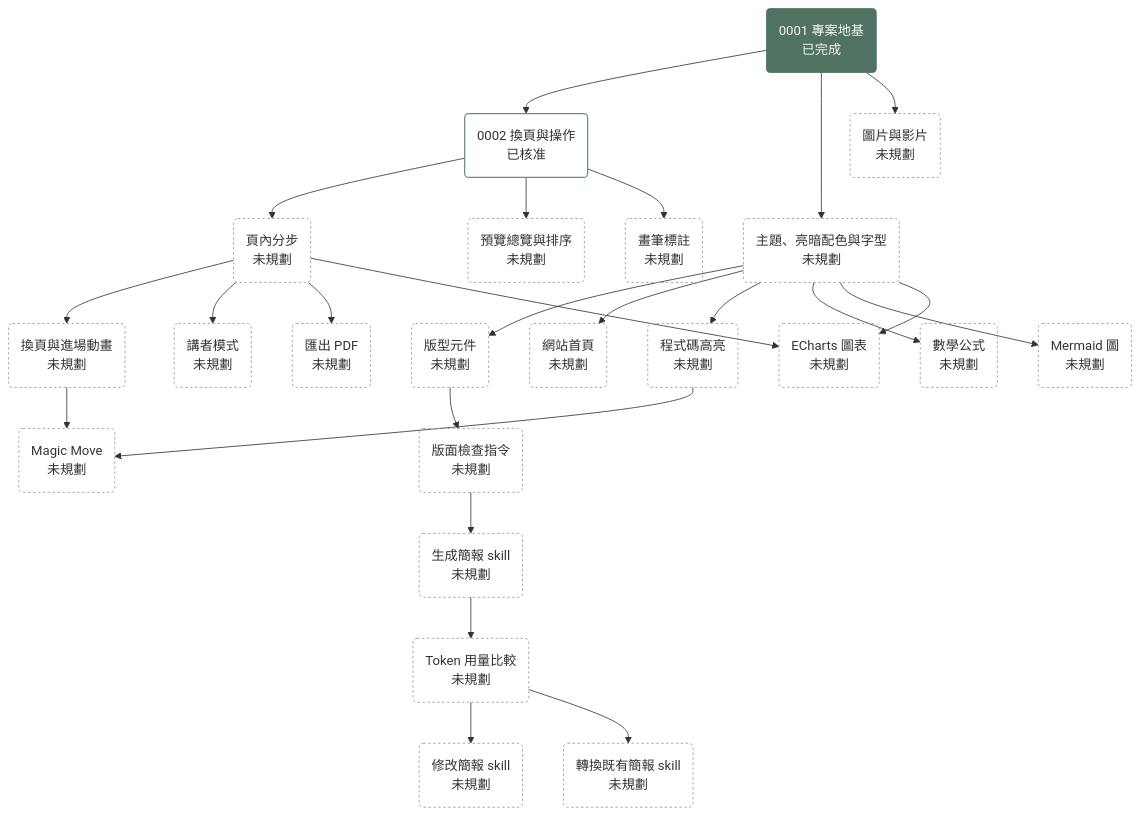
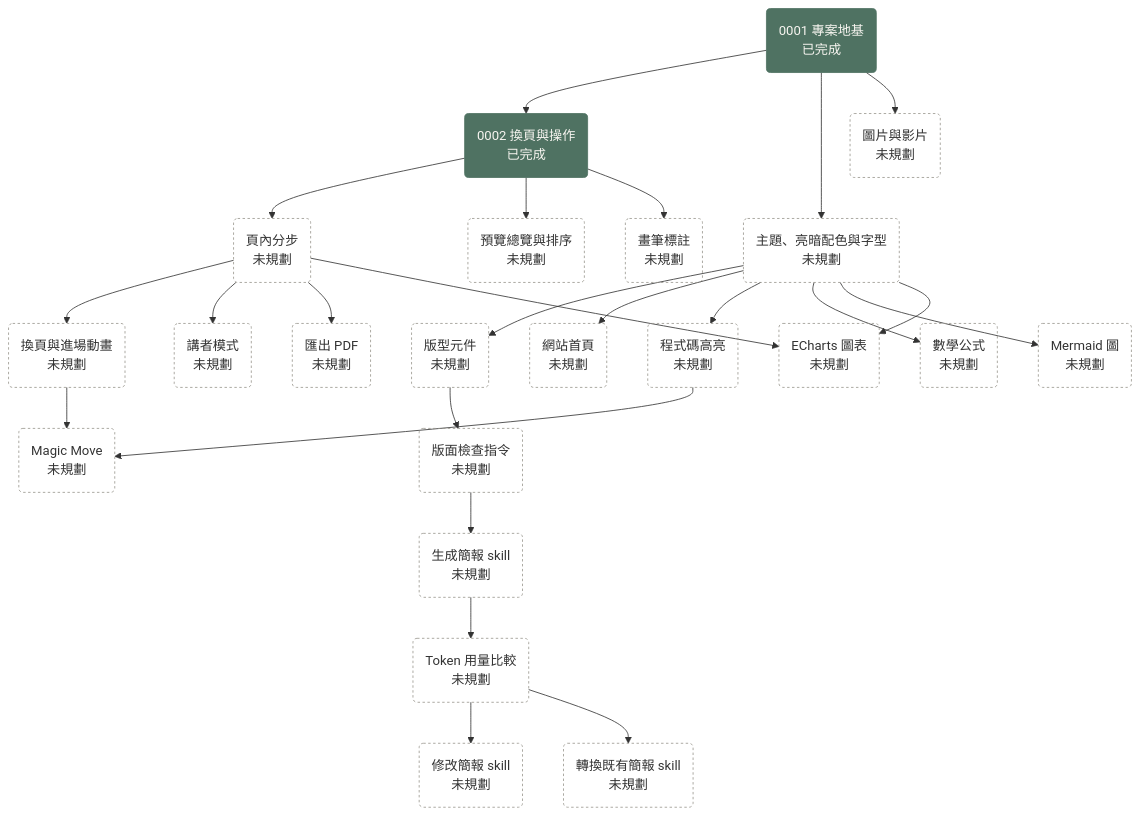
One commit to bingyangchen/diapo changed the diagram in docs/plans/roadmap.md. Above: the diagram before and after it, drawn with Mermaid. The commit also changed other lines of this file and 45 other files, not shown here.

````diff
--- a/docs/plans/roadmap.md
+++ b/docs/plans/roadmap.md
@@ -7,43 +7,43 @@
 ```mermaid
 flowchart TD
   P0001("0001 專案地基<br/>已完成"):::done
-  P0002("0002 換頁與操作<br/>已核准"):::approved
+  P0002("0002 換頁與操作<br/>已完成"):::done
   steps("頁內分步<br/>未規劃"):::unplanned
   transitions("換頁與進場動畫<br/>未規劃"):::unplanned
   magic_move("Magic Move<br/>未規劃"):::unplanned
   overview("預覽總覽與排序<br/>未規劃"):::unplanned
   annotation("畫筆標註<br/>未規劃"):::unplanned
   presenter("講者模式<br/>未規劃"):::unplanned
   theme("主題、亮暗配色與字型<br/>未規劃"):::unplanned
   layouts("版型元件<br/>未規劃"):::unplanned
   media("圖片與影片<br/>未規劃"):::unplanned
   code_highlight("程式碼高亮<br/>未規劃"):::unplanned
   math("數學公式<br/>未規劃"):::unplanned
   mermaid_diagram("Mermaid 圖<br/>未規劃"):::unplanned
   charts("ECharts 圖表<br/>未規劃"):::unplanned
   pdf_export("匯出 PDF<br/>未規劃"):::unplanned
   site_home("網站首頁<br/>未規劃"):::unplanned
   layout_check("版面檢查指令<br/>未規劃"):::unplanned
   skill_generate("生成簡報 skill<br/>未規劃"):::unplanned
   token_benchmark("Token 用量比較<br/>未規劃"):::unplanned
   skill_modify("修改簡報 skill<br/>未規劃"):::unplanned
   skill_convert("轉換既有簡報 skill<br/>未規劃"):::unplanned
   P0001 --> P0002 --> steps --> transitions --> magic_move
   P0002 --> overview
   P0002 --> annotation
   steps --> presenter
   steps --> pdf_export
   P0001 --> theme --> layouts --> layout_check --> skill_generate
   skill_generate --> token_benchmark --> skill_modify
   token_benchmark --> skill_convert
   P0001 --> media
   theme --> site_home
   theme --> code_highlight --> magic_move
   theme --> math
   theme --> mermaid_diagram
   theme --> charts
   steps --> charts
   classDef done fill:#4f7262,stroke:#4f7262,color:#f7f5f0
   classDef approved fill:none,stroke:#6b8f7e,stroke-width:1.5px
   classDef unplanned fill:none,stroke:#9a978f,stroke-dasharray:3 3
 ```
````
